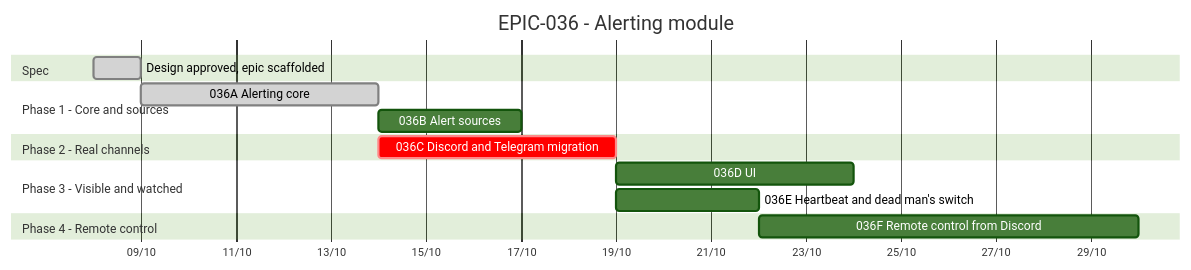
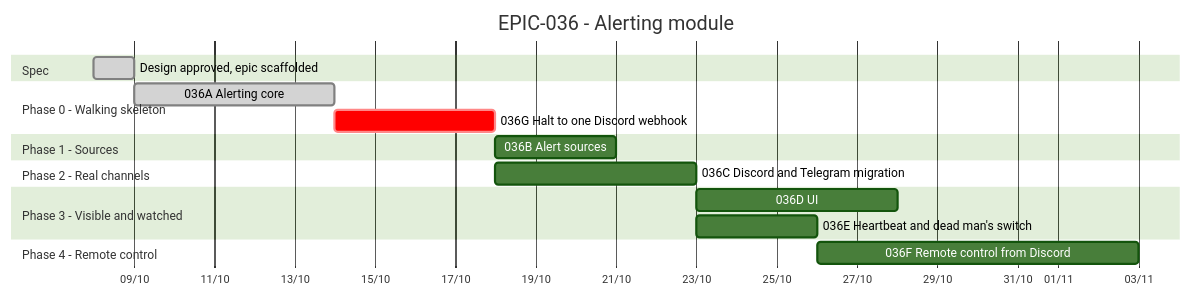
The diagram in Tasks/epics/EPIC-036_alerting_module/TRACKING.md (anhembedded/Sagittarius_Elite_Warrior), drawn with Mermaid (forest theme) before and after one commit. The commit also changed other lines of this file and 12 other files, not shown here.

First line of the commit message:
docs(alerting): module design in seven views and the walking skeleton first (#536)

````diff
--- a/Tasks/epics/EPIC-036_alerting_module/TRACKING.md
+++ b/Tasks/epics/EPIC-036_alerting_module/TRACKING.md
@@ -12,23 +12,26 @@
 ```mermaid
 gantt
     title EPIC-036 - Alerting module
     dateFormat  YYYY-MM-DD
     axisFormat  %d/%m
 
     section Spec
     Design approved, epic scaffolded      :done, s1, 2026-10-08, 1d
 
-    section Phase 1 - Core and sources
+    section Phase 0 - Walking skeleton
     036A Alerting core                    :done, a, after s1, 5d
-    036B Alert sources                    :b, after a, 3d
+    036G Halt to one Discord webhook      :crit, g, after a, 4d
+
+    section Phase 1 - Sources
+    036B Alert sources                    :b, after g, 3d
 
     section Phase 2 - Real channels
-    036C Discord and Telegram migration   :crit, c, after a, 5d
+    036C Discord and Telegram migration   :c, after g, 5d
 
     section Phase 3 - Visible and watched
     036D UI                               :d, after c, 5d
     036E Heartbeat and dead man's switch  :e, after c, 3d
 
     section Phase 4 - Remote control
     036F Remote control from Discord      :f, after e, 8d
 ```
````
